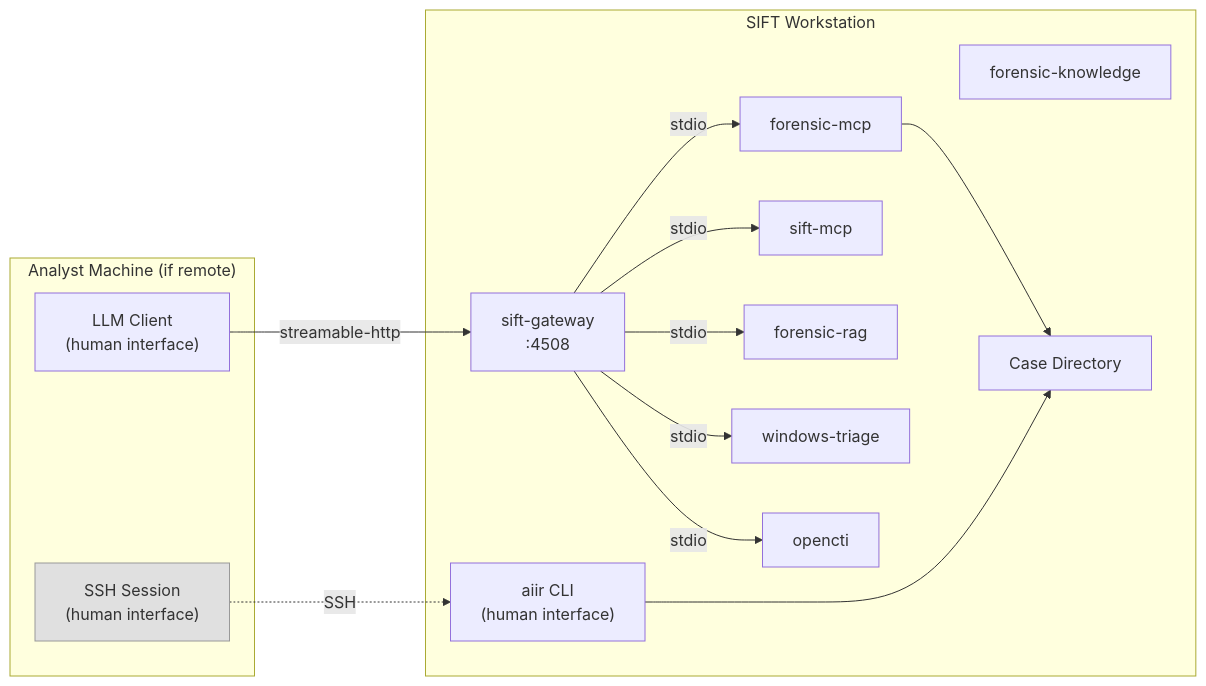
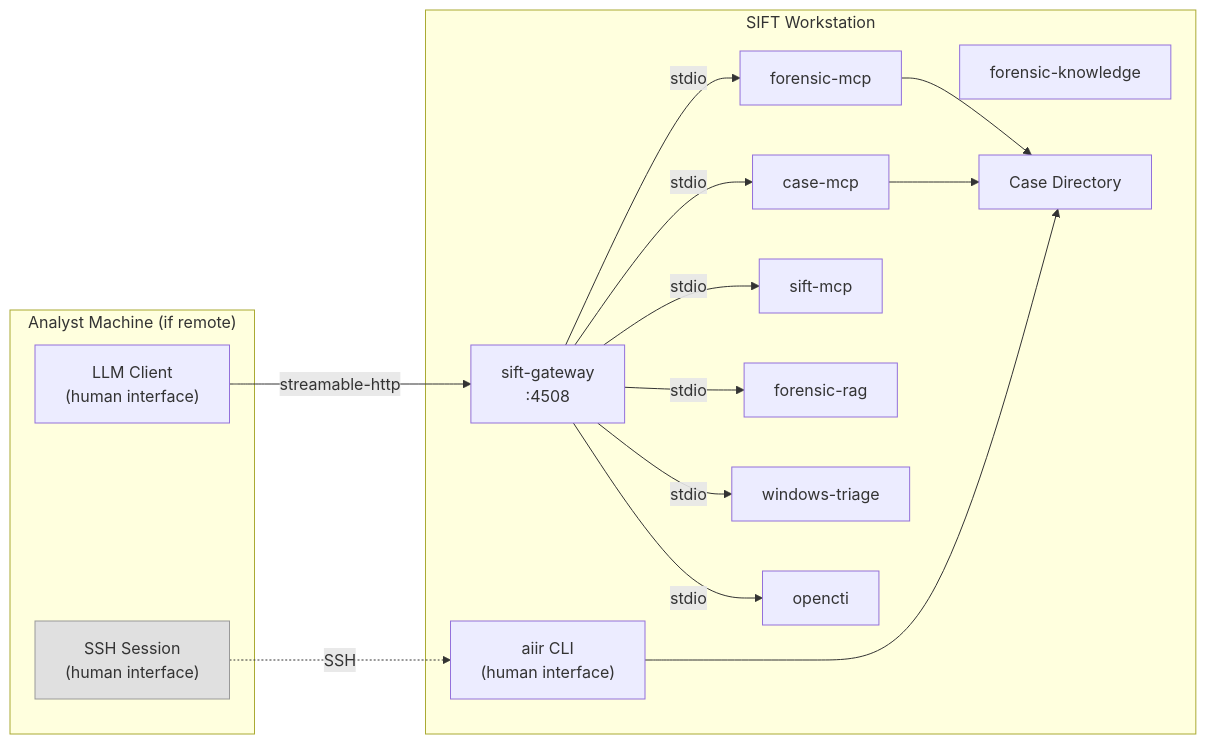
One commit to AppliedIR/sift-mcp changed the first of 2 diagrams in README.md. Above: the diagram before and after it, drawn with Mermaid. The commit also changed other lines of this file and 1 other file, not shown here.

Commit message:
Add case-mcp to AGENTS.md and README.md

````diff
--- a/README.md
+++ b/README.md
@@ -9,31 +9,34 @@
 ```mermaid
 graph LR
     subgraph analyst ["Analyst Machine (if remote)"]
         CC["LLM Client<br/>(human interface)"]
         SSH["SSH Session<br/>(human interface)"]
     end
 
     subgraph sift ["SIFT Workstation"]
         CLI["aiir CLI<br/>(human interface)"]
         GW["sift-gateway<br/>:4508"]
         FM["forensic-mcp"]
+        CM["case-mcp"]
         SM["sift-mcp"]
         RAG["forensic-rag"]
         WT["windows-triage"]
         OC["opencti"]
         FK["forensic-knowledge"]
         CASE["Case Directory"]
 
         GW -->|stdio| FM
+        GW -->|stdio| CM
         GW -->|stdio| SM
         GW -->|stdio| RAG
         GW -->|stdio| WT
         GW -->|stdio| OC
         FM --> CASE
+        CM --> CASE
         CLI --> CASE
     end
 
     CC -->|"streamable-http"| GW
     SSH -.->|"SSH"| CLI
     style SSH fill:#e0e0e0,stroke:#999,color:#333
 ```
````
